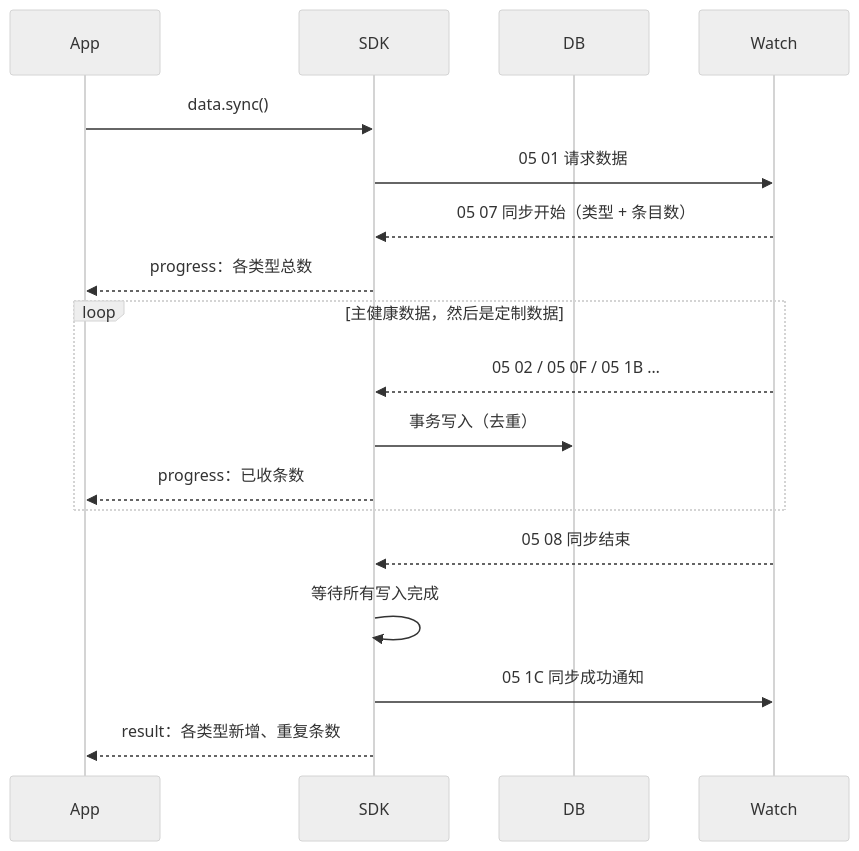
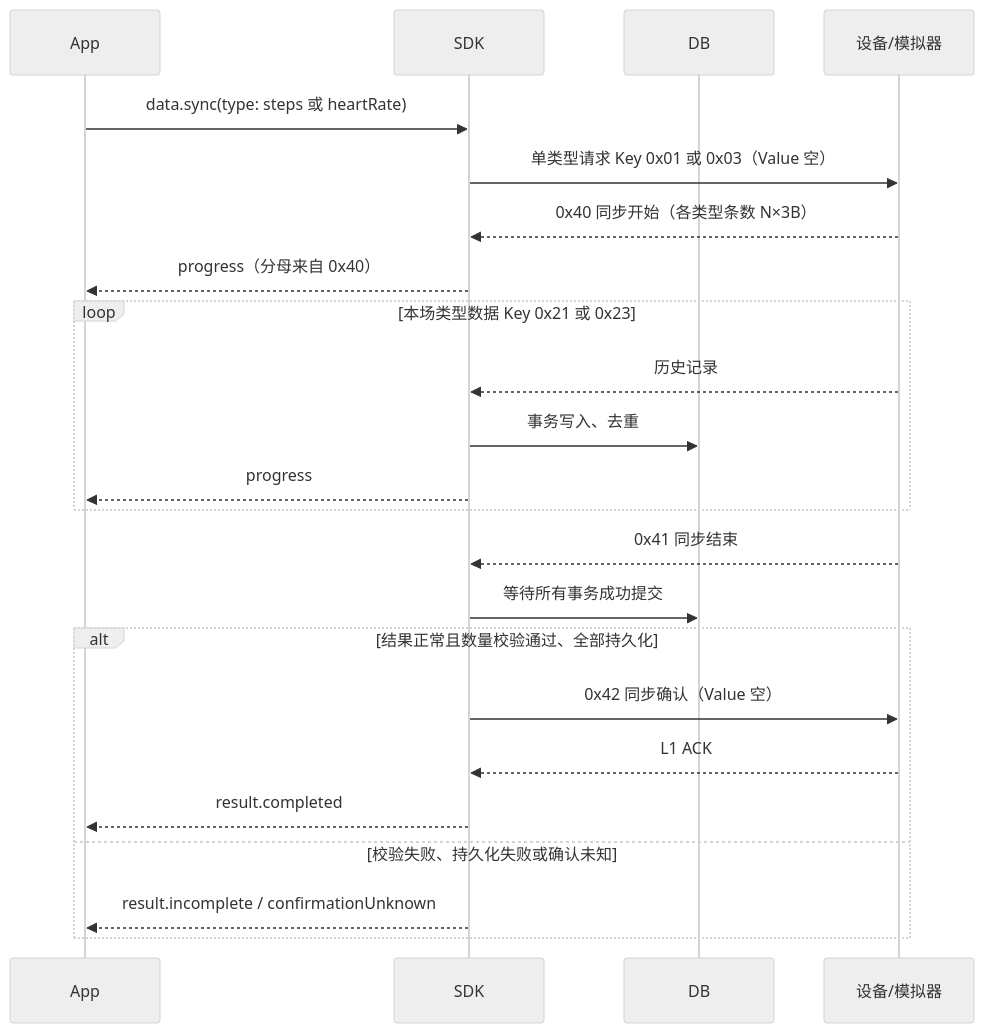
The third of 3 diagrams in docs/ws-watch-sdk-design.md (realmcu/HoneyBox), drawn with Mermaid (neutral theme) before and after one commit. The commit also changed other lines of this file and 41 other files, not shown here.

````diff
--- a/docs/ws-watch-sdk-design.md
+++ b/docs/ws-watch-sdk-design.md
@@ -795,20 +784,25 @@
 ```mermaid
 sequenceDiagram
     participant App
     participant SDK
     participant DB
-    participant Watch
-    App->>SDK: data.sync()
-    SDK->>Watch: 05 01 请求数据
-    Watch-->>SDK: 05 07 同步开始（类型 + 条目数）
-    SDK-->>App: progress：各类型总数
-    loop 主健康数据，然后是定制数据
-        Watch-->>SDK: 05 02 / 05 0F / 05 1B …
-        SDK->>DB: 事务写入（去重）
-        SDK-->>App: progress：已收条数
+    participant Dev as 设备/模拟器
+    App->>SDK: data.sync(type: steps 或 heartRate)
+    SDK->>Dev: 单类型请求 Key 0x01 或 0x03（Value 空）
+    Dev-->>SDK: 0x40 同步开始（各类型条数 N×3B）
+    SDK-->>App: progress（分母来自 0x40）
+    loop 本场类型数据 Key 0x21 或 0x23
+        Dev-->>SDK: 历史记录
+        SDK->>DB: 事务写入、去重
+        SDK-->>App: progress
     end
-    Watch-->>SDK: 05 08 同步结束
-    SDK->>SDK: 等待所有写入完成
-    SDK->>Watch: 05 1C 同步成功通知
-    SDK-->>App: result：各类型新增、重复条数
+    Dev-->>SDK: 0x41 同步结束
+    SDK->>DB: 等待所有事务成功提交
+    alt 结果正常且数量校验通过、全部持久化
+        SDK->>Dev: 0x42 同步确认（Value 空）
+        Dev-->>SDK: L1 ACK
+        SDK-->>App: result.completed
+    else 校验失败、持久化失败或确认未知
+        SDK-->>App: result.incomplete / confirmationUnknown
+    end
 ```
````
